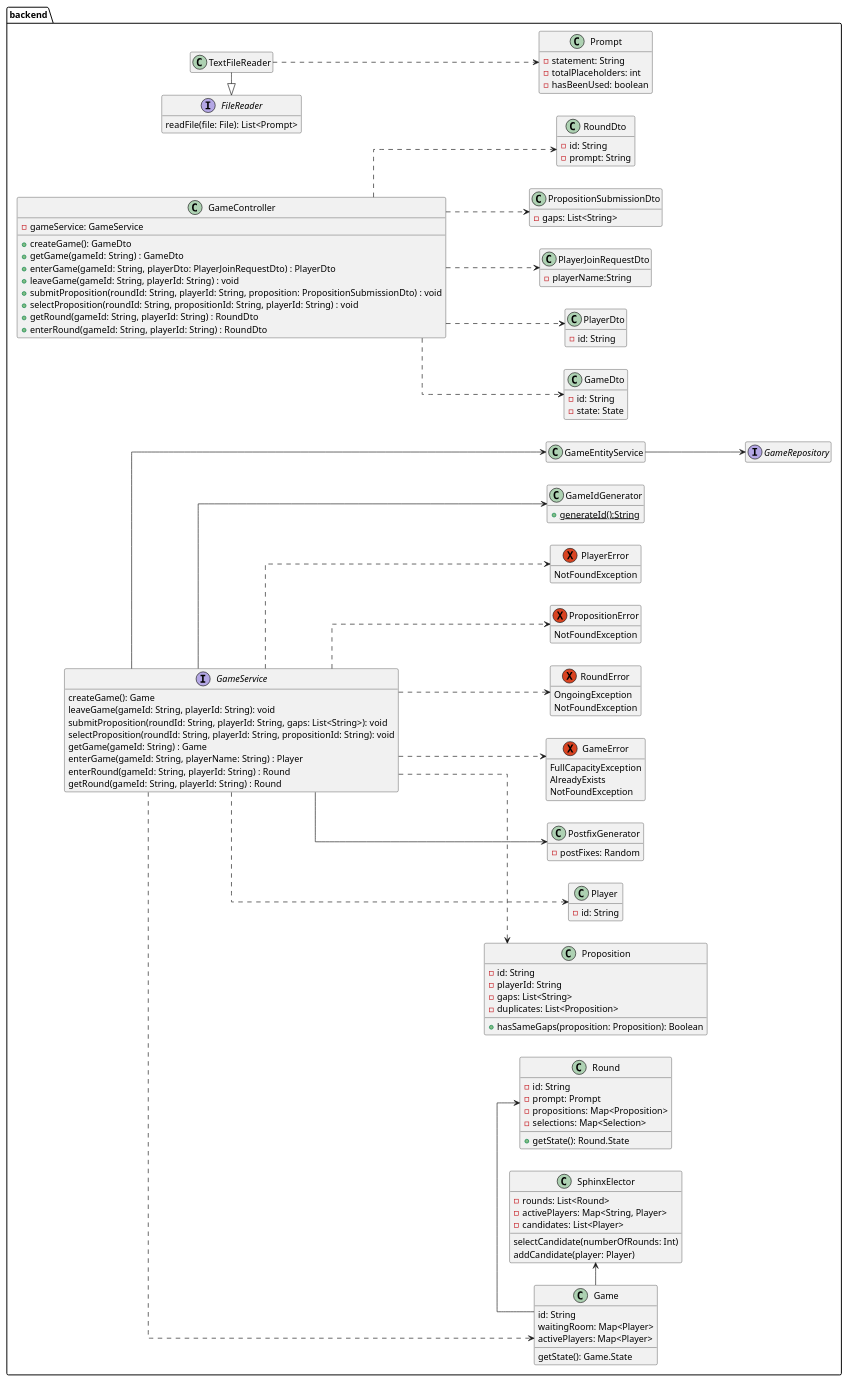
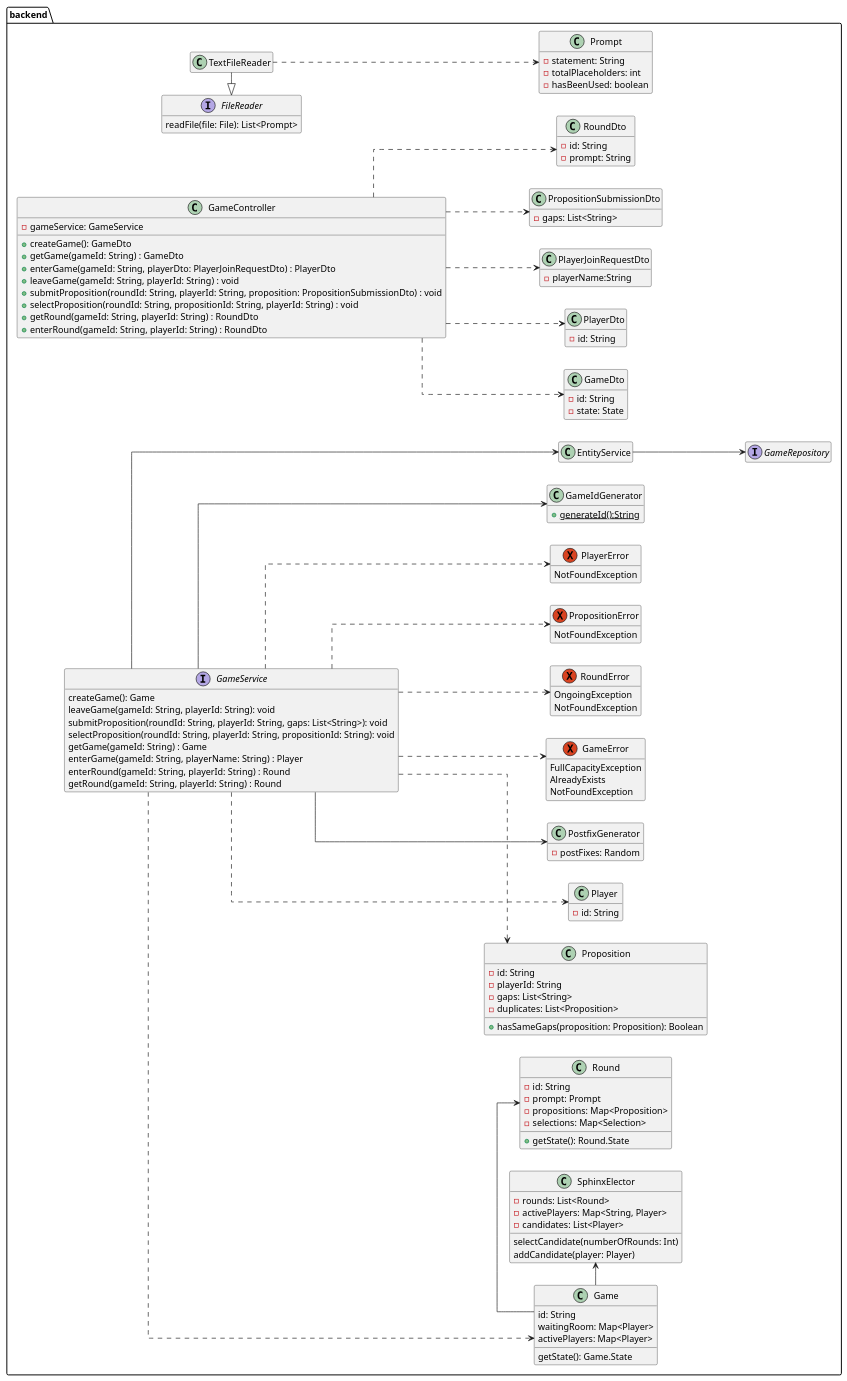
One commit to patrickwinti/worldwidewalter changed the diagram in docs/diagrams/class_diagramm.plantuml. Above: the diagram before and after it, drawn with PlantUML. The commit also changed 8 other files, not shown here.

Commit message:
[WWW-105] renames GameEntityService

```diff
--- a/docs/diagrams/class_diagramm.plantuml
+++ b/docs/diagrams/class_diagramm.plantuml
@@ -1,134 +1,134 @@
 @startuml
 package backend{
     left to right direction
     skinparam linetype ortho
 
     hide empty members
     class GameController {
         -gameService: GameService
         +createGame(): GameDto
         +getGame(gameId: String) : GameDto
         +enterGame(gameId: String, playerDto: PlayerJoinRequestDto) : PlayerDto
         +leaveGame(gameId: String, playerId: String) : void
         +submitProposition(roundId: String, playerId: String, proposition: PropositionSubmissionDto) : void
         +selectProposition(roundId: String, propositionId: String, playerId: String) : void
         +getRound(gameId: String, playerId: String) : RoundDto
         +enterRound(gameId: String, playerId: String) : RoundDto
     }
     class GameDto {
         -id: String
         -state: State
     }
     class Game {
         id: String
         waitingRoom: Map<Player>
         activePlayers: Map<Player>
         getState(): Game.State
     }
     class Prompt{
         -statement: String
         -totalPlaceholders: int
         -hasBeenUsed: boolean
     }
 
     class Proposition{
           -id: String
           -playerId: String
           -gaps: List<String>
           -duplicates: List<Proposition>
           +hasSameGaps(proposition: Proposition): Boolean
     }
 
     interface GameService{
        createGame(): Game
        leaveGame(gameId: String, playerId: String): void
        submitProposition(roundId: String, playerId: String, gaps: List<String>): void
        selectProposition(roundId: String, playerId: String, propositionId: String): void
        getGame(gameId: String) : Game
        enterGame(gameId: String, playerName: String) : Player
        enterRound(gameId: String, playerId: String) : Round
        getRound(gameId: String, playerId: String) : Round
     }
     interface GameRepository
     class PlayerDto {
         -id: String
     }
     class PlayerJoinRequestDto {
         -playerName:String
     }
     class PropositionSubmissionDto {
         -gaps: List<String>
     }
     class RoundDto {
         -id: String
         -prompt: String
     }
     class Player {
         -id: String
     }
     class Round {
         -id: String
         -prompt: Prompt
         -propositions: Map<Proposition>
         -selections: Map<Selection>
         +getState(): Round.State
     }
     class PostfixGenerator {
         -postFixes: Random
     }
     exception GameError {
         FullCapacityException
         AlreadyExists
         NotFoundException
     }
     exception RoundError {
         OngoingException
         NotFoundException
     }
     exception PropositionError {
         NotFoundException
     }
     exception PlayerError {
         NotFoundException
     }
 
     interface FileReader{
         readFile(file: File): List<Prompt>
     }
 
     class TextFileReader
     class SphinxElector {
         -rounds: List<Round>
         -activePlayers: Map<String, Player>
         -candidates: List<Player>
         selectCandidate(numberOfRounds: Int)
         addCandidate(player: Player)
     }
     class GameIdGenerator{
         +generateId():String{static}
     }
     GameController..>PlayerDto
     GameController..>PlayerJoinRequestDto
     GameController..>PropositionSubmissionDto
     GameController..>RoundDto
     GameController ..> GameDto
 
     GameService ..> Game
     GameService ..> Player
     GameService ..> GameError
     GameService ..> RoundError
     GameService ..> PlayerError
     GameService ..> PropositionError
-    GameService --> GameEntityService
+    GameService --> EntityService
     GameService ..> Proposition
     GameService --> PostfixGenerator
     GameService --> GameIdGenerator
 
-    GameEntityService --> GameRepository
+    EntityService --> GameRepository
 
     TextFileReader ..> Prompt
     FileReader<|-TextFileReader
 
     Game -> Round
     Game -> SphinxElector
 @enduml
```
